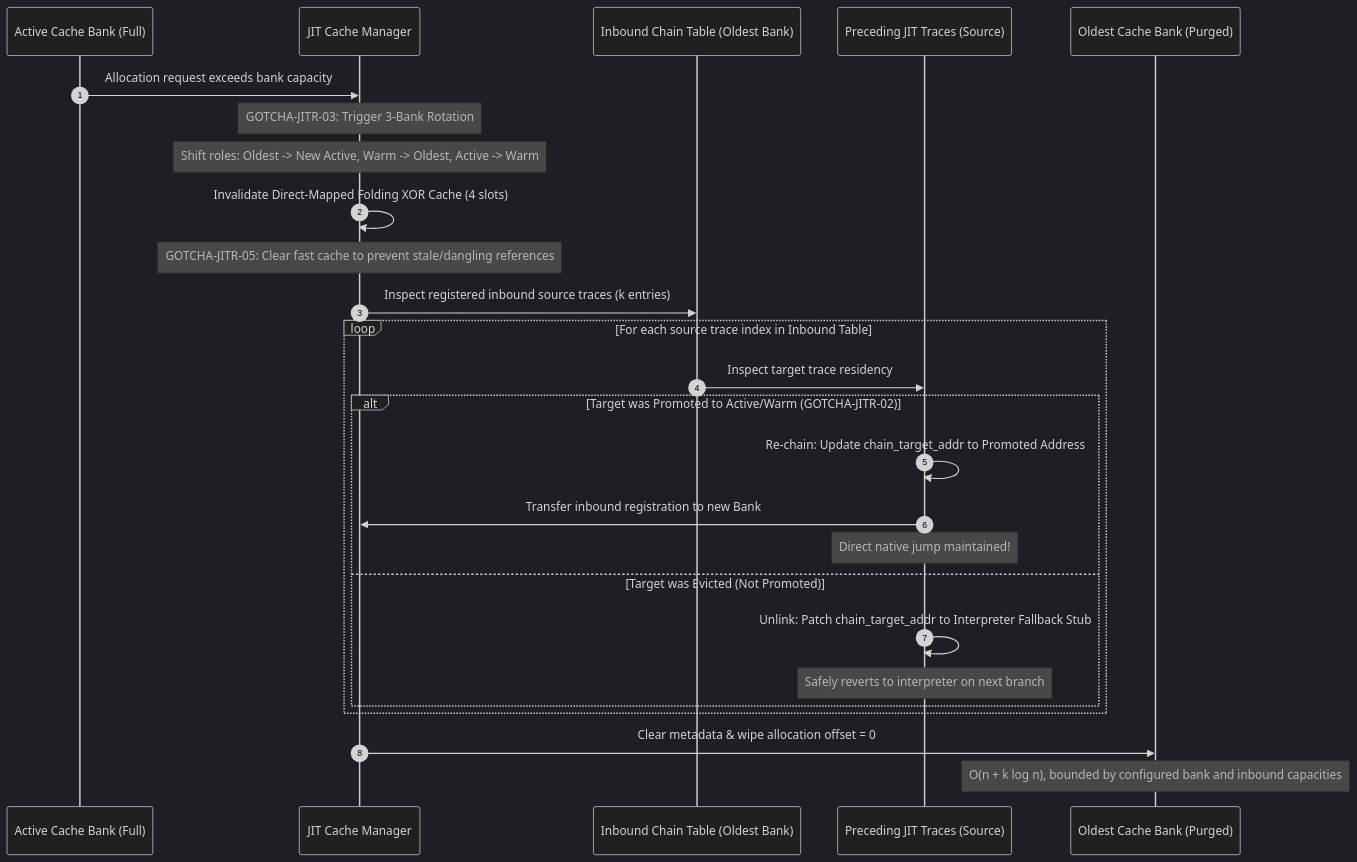
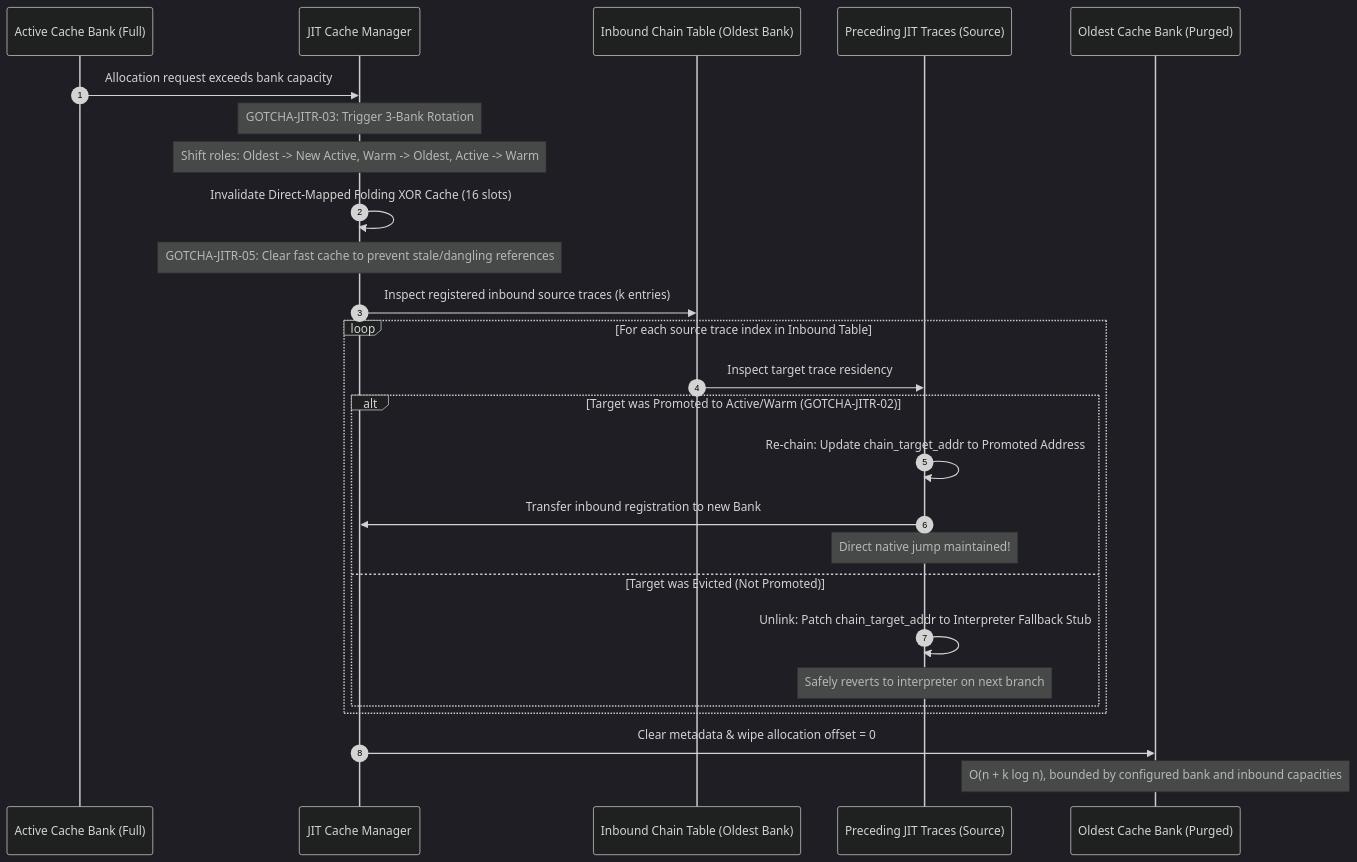
The third of 5 diagrams in docs/components/tier3_jit/jit_runtime.md (kmt-t/fireball), drawn with Mermaid (dark theme) before and after one commit. The commit also changed other lines of this file and 8 other files, not shown here.

````diff
--- a/docs/components/tier3_jit/jit_runtime.md
+++ b/docs/components/tier3_jit/jit_runtime.md
@@ -141,32 +141,32 @@
 ```mermaid
 sequenceDiagram
     autonumber
     participant Active as Active Cache Bank (Full)
     participant Mgr as JIT Cache Manager
     participant Inbound as Inbound Chain Table (Oldest Bank)
     participant Source as Preceding JIT Traces (Source)
     participant Oldest as Oldest Cache Bank (Purged)
 
     Active->>Mgr: Allocation request exceeds bank capacity
     Note over Mgr: GOTCHA-JITR-03: Trigger 3-Bank Rotation
     Note over Mgr: Shift roles: Oldest -> New Active, Warm -> Oldest, Active -> Warm
 
-    Mgr->>Mgr: Invalidate Direct-Mapped Folding XOR Cache (4 slots)
+    Mgr->>Mgr: Invalidate Direct-Mapped Folding XOR Cache (16 slots)
     Note over Mgr: GOTCHA-JITR-05: Clear fast cache to prevent stale/dangling references
 
     Mgr->>Inbound: Inspect registered inbound source traces (k entries)
     loop For each source trace index in Inbound Table
         Inbound->>Source: Inspect target trace residency
         alt Target was Promoted to Active/Warm (GOTCHA-JITR-02)
             Source->>Source: Re-chain: Update chain_target_addr to Promoted Address
             Source->>Mgr: Transfer inbound registration to new Bank
             Note over Source: Direct native jump maintained!
         else Target was Evicted (Not Promoted)
             Source->>Source: Unlink: Patch chain_target_addr to Interpreter Fallback Stub
             Note over Source: Safely reverts to interpreter on next branch
         end
     end
 
     Mgr->>Oldest: Clear metadata & wipe allocation offset = 0
     Note over Oldest: O(n + k log n), bounded by configured bank and inbound capacities
 ```
````
